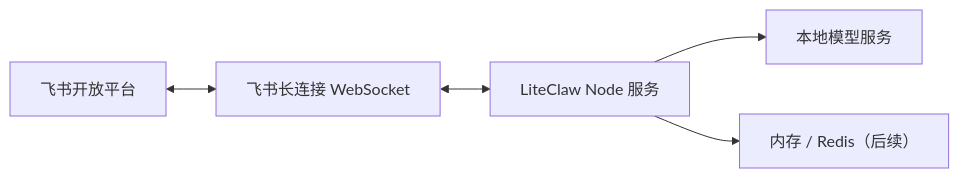
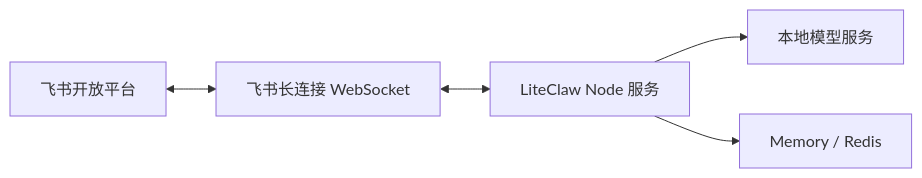
Before and after one commit to WarrenJones/liteClaw: the third of 3 diagrams in docs/liteclaw-feishu-mvp.md, drawn with Mermaid. The commit also changed other lines of this file and 15 other files, not shown here.

````diff
--- a/docs/liteclaw-feishu-mvp.md
+++ b/docs/liteclaw-feishu-mvp.md
@@ -309,7 +340,7 @@
 ```mermaid
 flowchart LR
     F["飞书开放平台"] <--> W["飞书长连接 WebSocket"]
     W <--> S["LiteClaw Node 服务"]
     S --> K["本地模型服务"]
-    S --> C["内存 / Redis（后续）"]
+    S --> C["Memory / Redis"]
 ```
````
